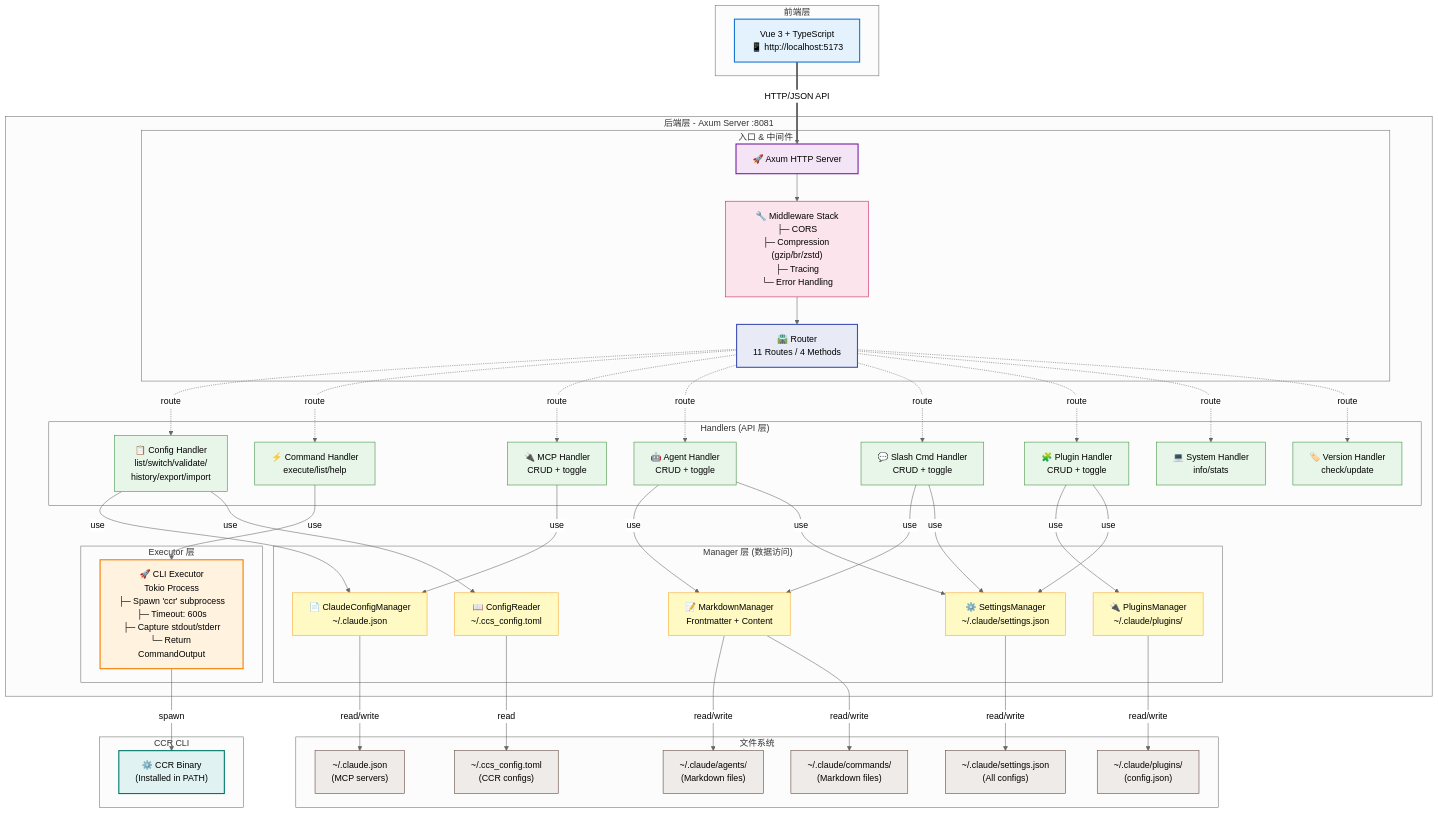
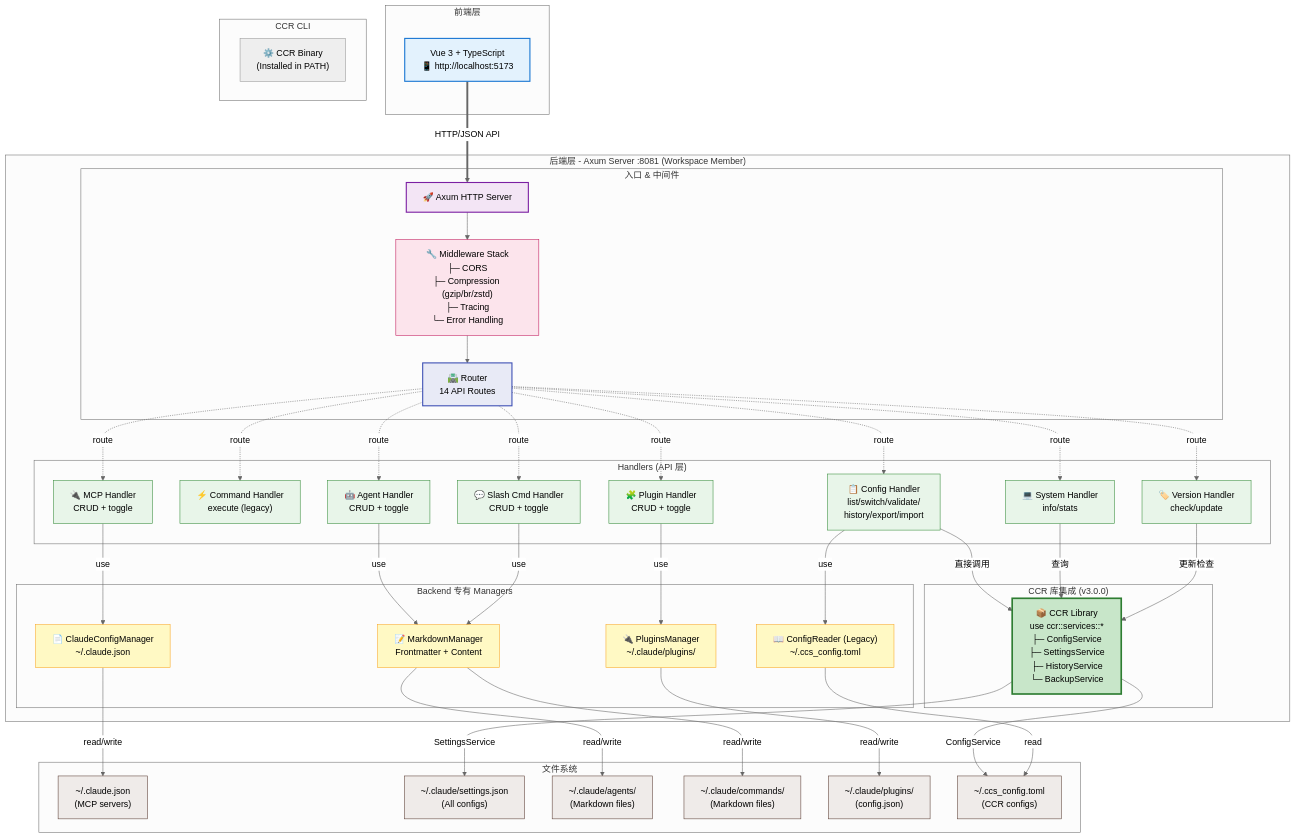
One commit to bahayonghang/ccr changed the first of 3 diagrams in ccr-ui/docs/backend/architecture.md. Above: the diagram before and after it, drawn with Mermaid (neutral theme). The commit also changed other lines of this file and 3 other files, not shown here.

First line of the commit message:
📝 docs: update workspace architecture documentation

````diff
--- a/ccr-ui/docs/backend/architecture.md
+++ b/ccr-ui/docs/backend/architecture.md
@@ -22,16 +46,16 @@
         Frontend["Vue 3 + TypeScript<br/>📱 http://localhost:5173"]
     end
     
-    subgraph "后端层 - Axum Server :8081"
+    subgraph "后端层 - Axum Server :8081 (Workspace Member)"
         subgraph "入口 & 中间件"
             Server["🚀 Axum HTTP Server"]
             Middleware["🔧 Middleware Stack<br/>├─ CORS<br/>├─ Compression (gzip/br/zstd)<br/>├─ Tracing<br/>└─ Error Handling"]
-            Router["🛣️ Router<br/>11 Routes / 4 Methods"]
+            Router["🛣️ Router<br/>14 API Routes"]
         end
         
         subgraph "Handlers (API 层)"
             HConfig["📋 Config Handler<br/>list/switch/validate/<br/>history/export/import"]
-            HCommand["⚡ Command Handler<br/>execute/list/help"]
+            HCommand["⚡ Command Handler<br/>execute (legacy)"]
             HMCP["🔌 MCP Handler<br/>CRUD + toggle"]
             HAgent["🤖 Agent Handler<br/>CRUD + toggle"]
             HSlash["💬 Slash Cmd Handler<br/>CRUD + toggle"]
@@ -40,16 +64,15 @@
             HVersion["🏷️ Version Handler<br/>check/update"]
         end
         
-        subgraph "Manager 层 (数据访问)"
+        subgraph "CCR 库集成 (v3.0.0)"
+            CCRLib["📦 CCR Library<br/>use ccr::services::*<br/>├─ ConfigService<br/>├─ SettingsService<br/>├─ HistoryService<br/>└─ BackupService"]
+        end
+        
+        subgraph "Backend 专有 Managers"
             MClaudeConfig["📄 ClaudeConfigManager<br/>~/.claude.json"]
-            MSettings["⚙️ SettingsManager<br/>~/.claude/settings.json"]
             MMarkdown["📝 MarkdownManager<br/>Frontmatter + Content"]
             MPlugins["🔌 PluginsManager<br/>~/.claude/plugins/"]
-            MConfigReader["📖 ConfigReader<br/>~/.ccs_config.toml"]
-        end
-        
-        subgraph "Executor 层"
-            Executor["🚀 CLI Executor<br/>Tokio Process<br/>├─ Spawn 'ccr' subprocess<br/>├─ Timeout: 600s<br/>├─ Capture stdout/stderr<br/>└─ Return CommandOutput"]
+            MConfigReader["📖 ConfigReader (Legacy)<br/>~/.ccs_config.toml"]
         end
     end
     
@@ -79,38 +102,34 @@
     Router -.->|route| HSystem
     Router -.->|route| HVersion
     
-    HConfig -->|use| MClaudeConfig
+    HConfig -->|"直接调用"| CCRLib
     HConfig -->|use| MConfigReader
-    HCommand -->|use| Executor
     HMCP -->|use| MClaudeConfig
     HAgent -->|use| MMarkdown
-    HAgent -->|use| MSettings
     HSlash -->|use| MMarkdown
-    HSlash -->|use| MSettings
     HPlugin -->|use| MPlugins
-    HPlugin -->|use| MSettings
+    HSystem -->|"查询"| CCRLib
+    HVersion -->|"更新检查"| CCRLib
     
+    CCRLib -->|"ConfigService"| FSCcsConfig
+    CCRLib -->|"SettingsService"| FSSettings
     MClaudeConfig -->|read/write| FSClaudeJSON
-    MSettings -->|read/write| FSSettings
     MMarkdown -->|read/write| FSAgents
     MMarkdown -->|read/write| FSCommands
     MPlugins -->|read/write| FSPlugins
     MConfigReader -->|read| FSCcsConfig
     
-    Executor -->|spawn| CLI
-    
     style Frontend fill:#e3f2fd,stroke:#1976d2,stroke-width:2px
     style Server fill:#f3e5f5,stroke:#7b1fa2,stroke-width:2px
     style Middleware fill:#fce4ec,stroke:#c2185b,stroke-width:1px
     style Router fill:#e8eaf6,stroke:#3f51b5,stroke-width:2px
-    style Executor fill:#fff3e0,stroke:#f57c00,stroke-width:2px
-    style CLI fill:#e0f2f1,stroke:#00796b,stroke-width:2px
+    style CCRLib fill:#c8e6c9,stroke:#2e7d32,stroke-width:3px
     
     classDef handlerStyle fill:#e8f5e9,stroke:#388e3c,stroke-width:1px
     classDef managerStyle fill:#fff9c4,stroke:#f9a825,stroke-width:1px
     classDef fileStyle fill:#efebe9,stroke:#5d4037,stroke-width:1px
     
     class HConfig,HCommand,HMCP,HAgent,HSlash,HPlugin,HSystem,HVersion handlerStyle
-    class MClaudeConfig,MSettings,MMarkdown,MPlugins,MConfigReader managerStyle
+    class MClaudeConfig,MMarkdown,MPlugins,MConfigReader managerStyle
     class FSClaudeJSON,FSSettings,FSAgents,FSCommands,FSPlugins,FSCcsConfig fileStyle
 ```
````
